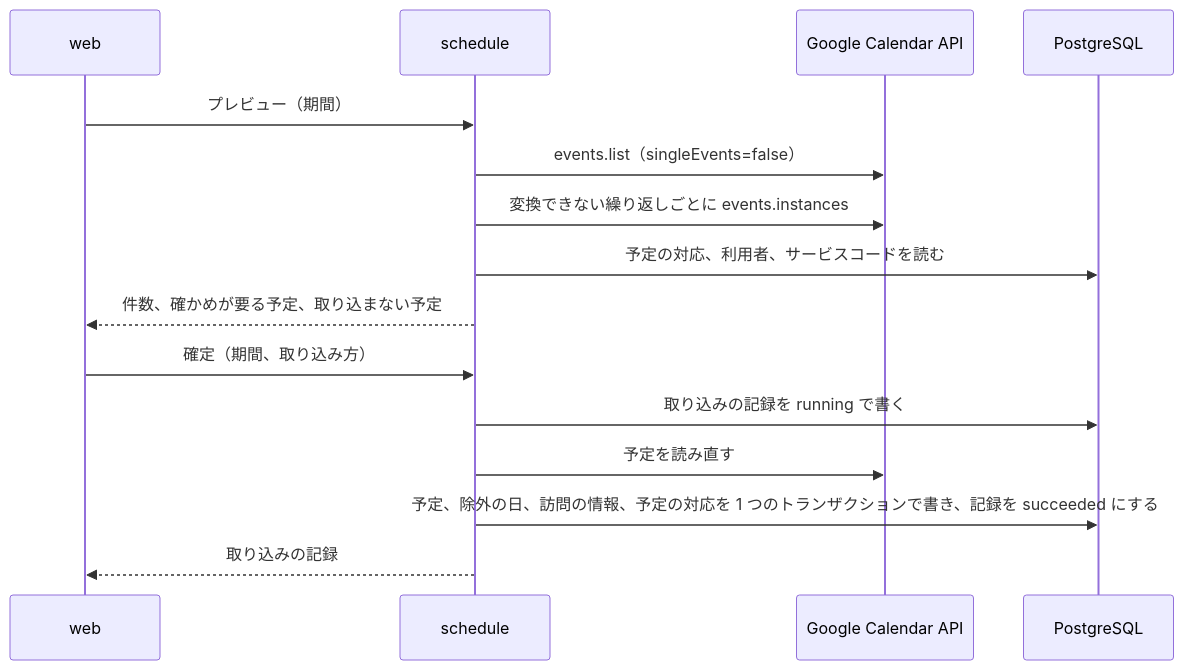
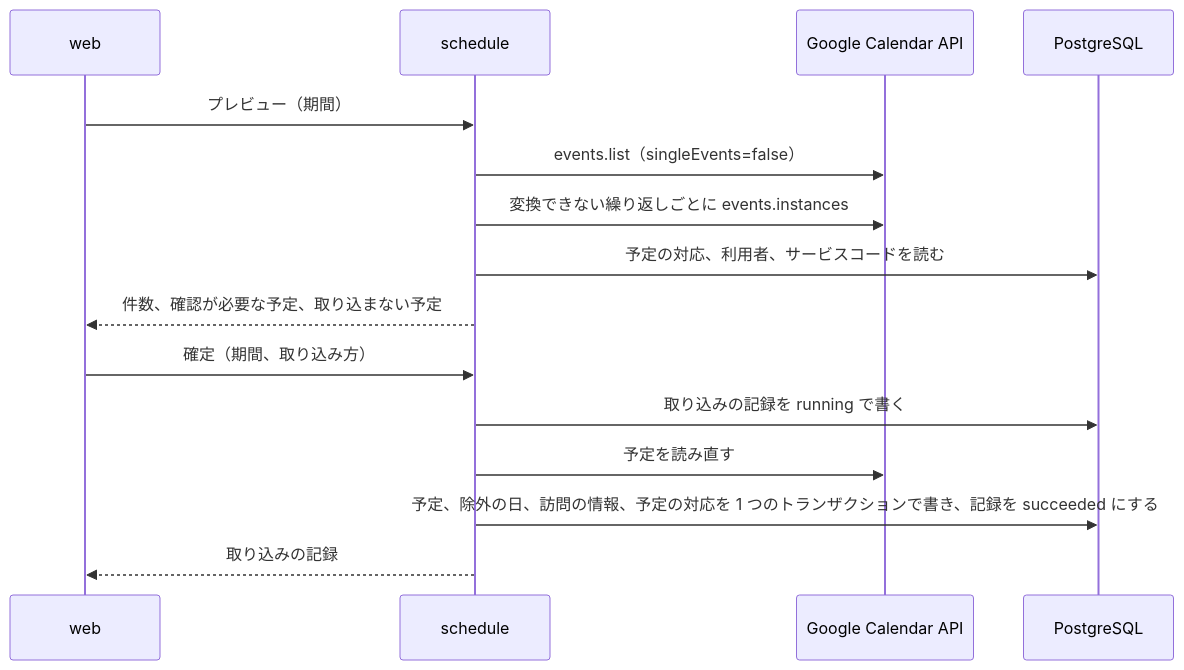
The third of 6 diagrams in services/schedule/DesignDoc.md (Fukuemon/buddy), drawn with Mermaid before and after one commit. The commit also changed other lines of this file and 46 other files, not shown here.

````diff
--- a/services/schedule/DesignDoc.md
+++ b/services/schedule/DesignDoc.md
@@ -312,17 +312,17 @@
 ```mermaid
 sequenceDiagram
   participant web
   participant api as schedule
   participant g as Google Calendar API
   participant db as PostgreSQL
   web->>api: プレビュー（期間）
   api->>g: events.list（singleEvents=false）
   api->>g: 変換できない繰り返しごとに events.instances
   api->>db: 予定の対応、利用者、サービスコードを読む
-  api-->>web: 件数、確かめが要る予定、取り込まない予定
+  api-->>web: 件数、確認が必要な予定、取り込まない予定
   web->>api: 確定（期間、取り込み方）
   api->>db: 取り込みの記録を running で書く
   api->>g: 予定を読み直す
   api->>db: 予定、除外の日、訪問の情報、予定の対応を 1 つのトランザクションで書き、記録を succeeded にする
   api-->>web: 取り込みの記録
 ```
````
